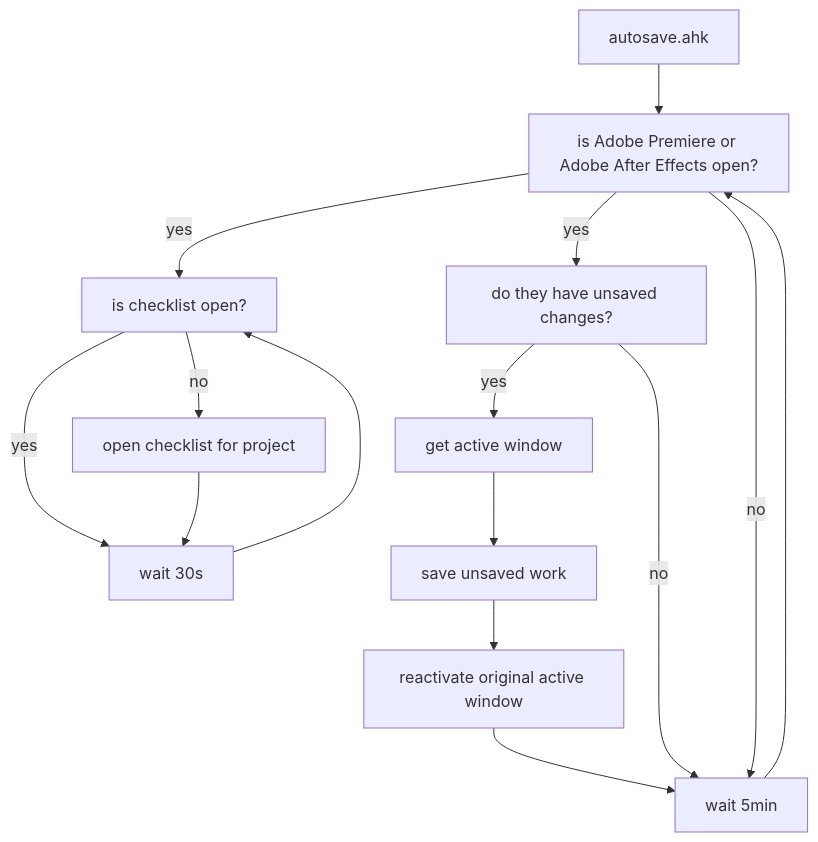
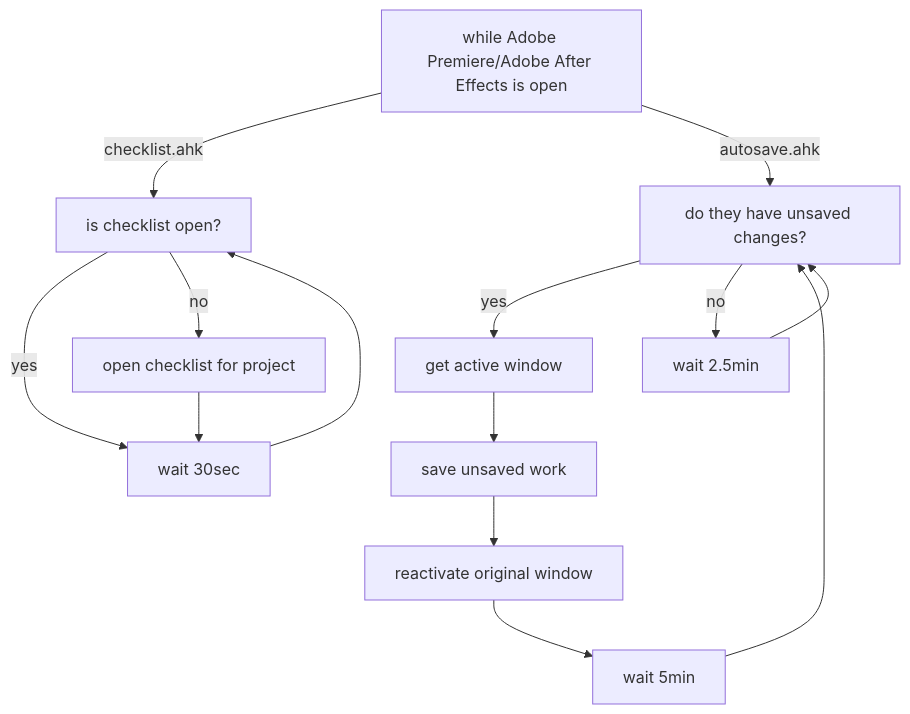
Before and after one commit to Tomshiii/ahk: the second of 2 diagrams in README.md, drawn with Mermaid. The commit also changed other lines of this file and 1 other file, not shown here.

Commit message:
`move project.ahk` changes

````diff
--- a/README.md
+++ b/README.md
@@ -86,21 +86,20 @@
 ```mermaid
   graph TD;
-      A[autosave.ahk]-->B[is Adobe Premiere or Adobe After Effects open?];
-      B -- yes --> C[is checklist open?];
-      B -- yes --> D[do they have unsaved changes?];
+      B[while Adobe Premiere/Adobe After Effects is open];
 
-      D -- yes -->E[get active window];
-      E -->F[save unsaved work];
-      F -->G[reactivate original active window];
-      G -->Y;
+      B-->|checklist.ahk|E[is checklist open?]
+      E-- yes --> H[wait 30sec]
+      E-- no --> G[open checklist for project]
+      G-->H
+      H-->E
 
-      C -- yes -->H[wait 30s];
-      C -- no -->I[open checklist for project];
-      I-->H;
-      H-->C;
 
-      D-- no --> Y[wait 5min];
-
-      B -- no --> Y[wait 5min];
-      Y -->B;
+      B-->|autosave.ahk|F[do they have unsaved changes?]
+      F-- yes -->J[get active window]
+      F-- no -->I[wait 2.5min]
+      I-->F
+      J-->K[save unsaved work]
+      K-->L[reactivate original window]
+      L-->M[wait 5min]
+      M-->F
 ```
````
